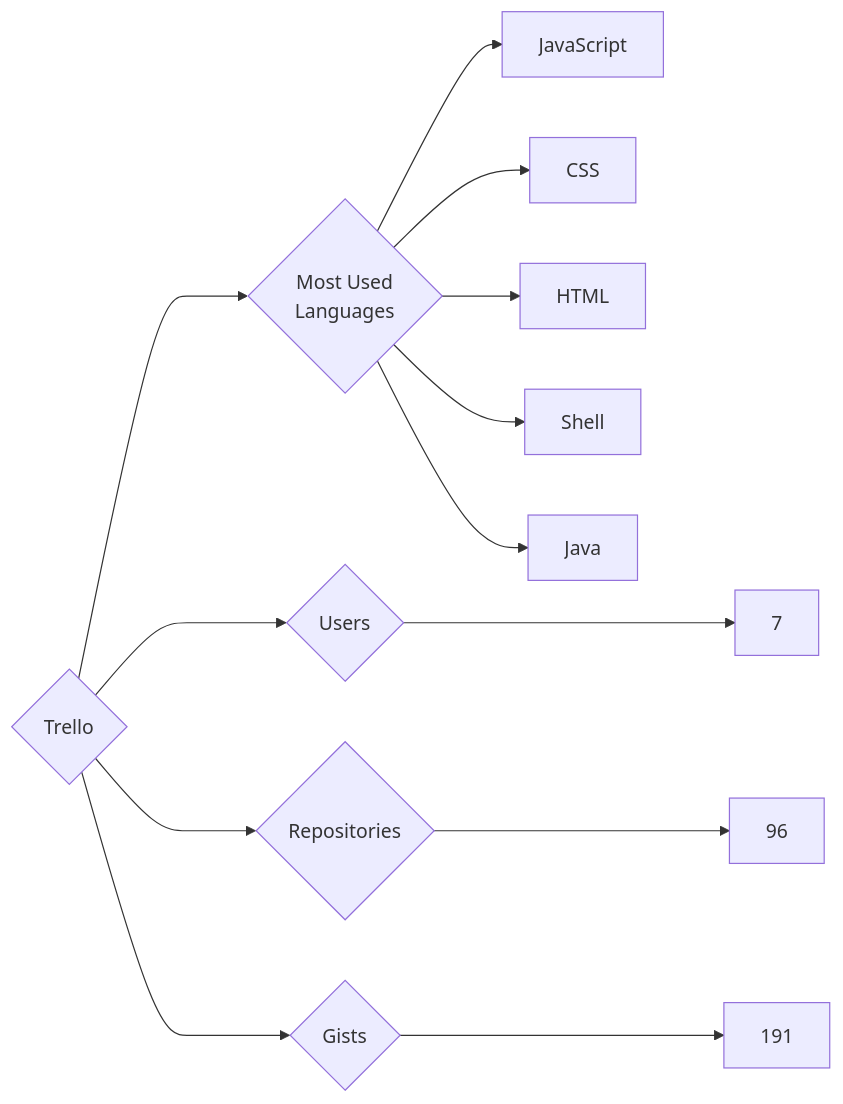
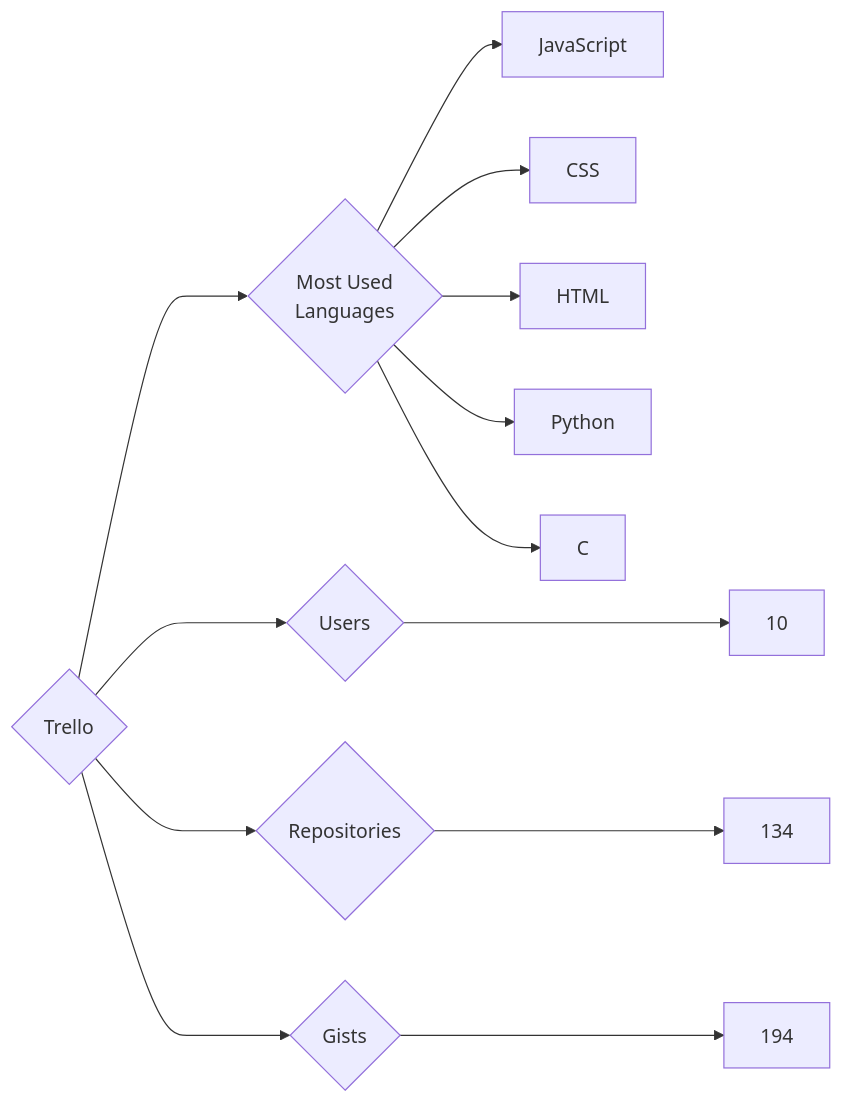
The diagram in targets/Trello/README.md (trickest/insiders), drawn with Mermaid before and after one commit. The commit also changed 814 other files, not shown here.

````diff
--- a/targets/Trello/README.md
+++ b/targets/Trello/README.md
@@ -3,13 +3,13 @@
 ```mermaid
 graph LR
 COMPANY_NAME{Trello}
-COMPANY_NAME ---> U{Users} ---> UN[7]
-COMPANY_NAME ---> R{Repositories} ---> RN[96]
-COMPANY_NAME ---> G{Gists} ---> GN[191]
+COMPANY_NAME ---> U{Users} ---> UN[10]
+COMPANY_NAME ---> R{Repositories} ---> RN[134]
+COMPANY_NAME ---> G{Gists} ---> GN[194]
 COMPANY_NAME ---> ML{Most Used<br>Languages}
 ML --> JavaScript[JavaScript]
 ML --> CSS[CSS]
 ML --> HTML[HTML]
-ML --> Shell[Shell]
-ML --> Java[Java]
+ML --> Python[Python]
+ML --> C[C]
 ```
````
